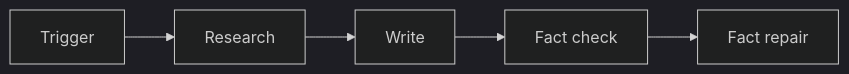
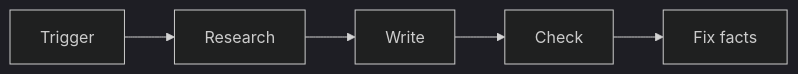
The first of 2 diagrams in README.md (kevinsundstrom/vercel-case-study), drawn with Mermaid (dark theme) before and after one commit.

Commit message:
fix: shorten node labels to prevent overlap with zoom controls

````diff
--- a/README.md
+++ b/README.md
@@ -29,4 +29,4 @@
 ```mermaid
 flowchart LR
-    A[Trigger] --> B[Research] --> C[Write] --> D[Fact check] --> E[Fact repair]
+    A[Trigger] --> B[Research] --> C[Write] --> D[Check] --> E[Fix facts]
 ```
````
